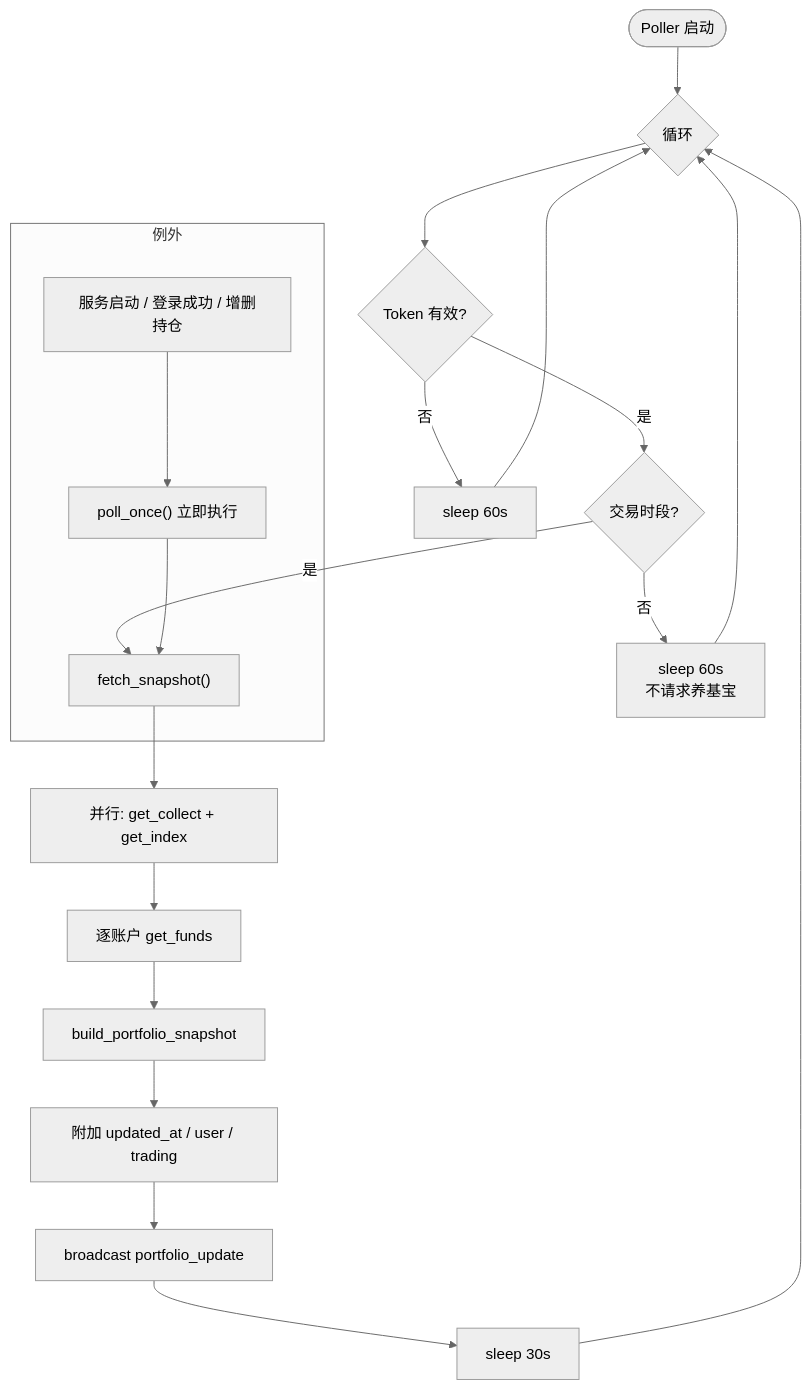
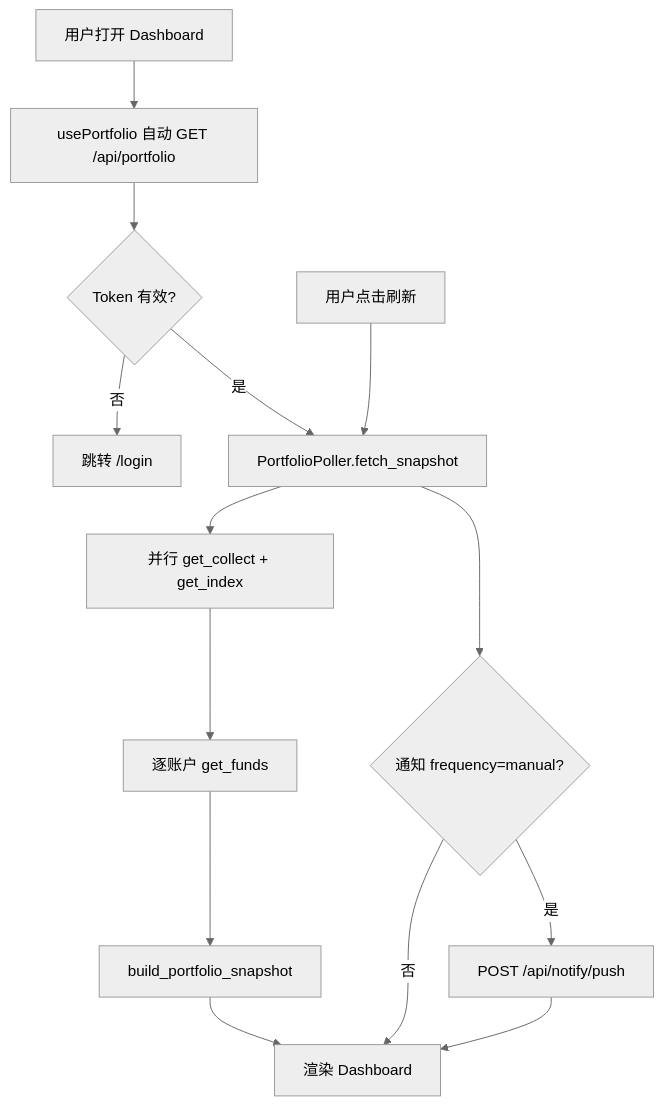
The third of 8 diagrams in TECH.md (ChinaCarlos/fund-helper), drawn with Mermaid (neutral theme) before and after one commit. The commit also changed other lines of this file and 64 other files, not shown here.

````diff
--- a/TECH.md
+++ b/TECH.md
@@ -952,25 +1177,17 @@
 ```mermaid
 flowchart TD
-    Start([Poller 启动]) --> Loop{循环}
-    Loop --> CheckAuth{Token 有效?}
-    CheckAuth -->|否| SleepIdle1[sleep 60s]
-    SleepIdle1 --> Loop
+    A[用户打开 Dashboard] --> B[usePortfolio 自动 GET /api/portfolio]
+    B --> C{Token 有效?}
+    C -->|否| D[跳转 /login]
+    C -->|是| E[PortfolioPoller.fetch_snapshot]
+    E --> F["并行 get_collect + get_index"]
+    F --> G[逐账户 get_funds]
+    G --> H[build_portfolio_snapshot]
+    H --> I[渲染 Dashboard]
 
-    CheckAuth -->|是| CheckTrading{交易时段?}
-    CheckTrading -->|是| Fetch["fetch_snapshot()"]
-    Fetch --> F1["并行: get_collect + get_index"]
-    F1 --> F2["逐账户 get_funds"]
-    F2 --> F3["build_portfolio_snapshot"]
-    F3 --> F4["附加 updated_at / user / trading"]
-    F4 --> Broadcast["broadcast portfolio_update"]
-    Broadcast --> Sleep30[sleep 30s]
-    Sleep30 --> Loop
-
-    CheckTrading -->|否| SleepIdle2["sleep 60s<br/>不请求养基宝"]
-    SleepIdle2 --> Loop
-
-    subgraph 例外
-        E1["服务启动 / 登录成功 / 增删持仓"] --> PollOnce["poll_once() 立即执行"]
-        PollOnce --> Fetch
-    end
+    J[用户点击刷新] --> E
+    E --> K{通知 frequency=manual?}
+    K -->|是| L[POST /api/notify/push]
+    K -->|否| I
+    L --> I
 ```
````
